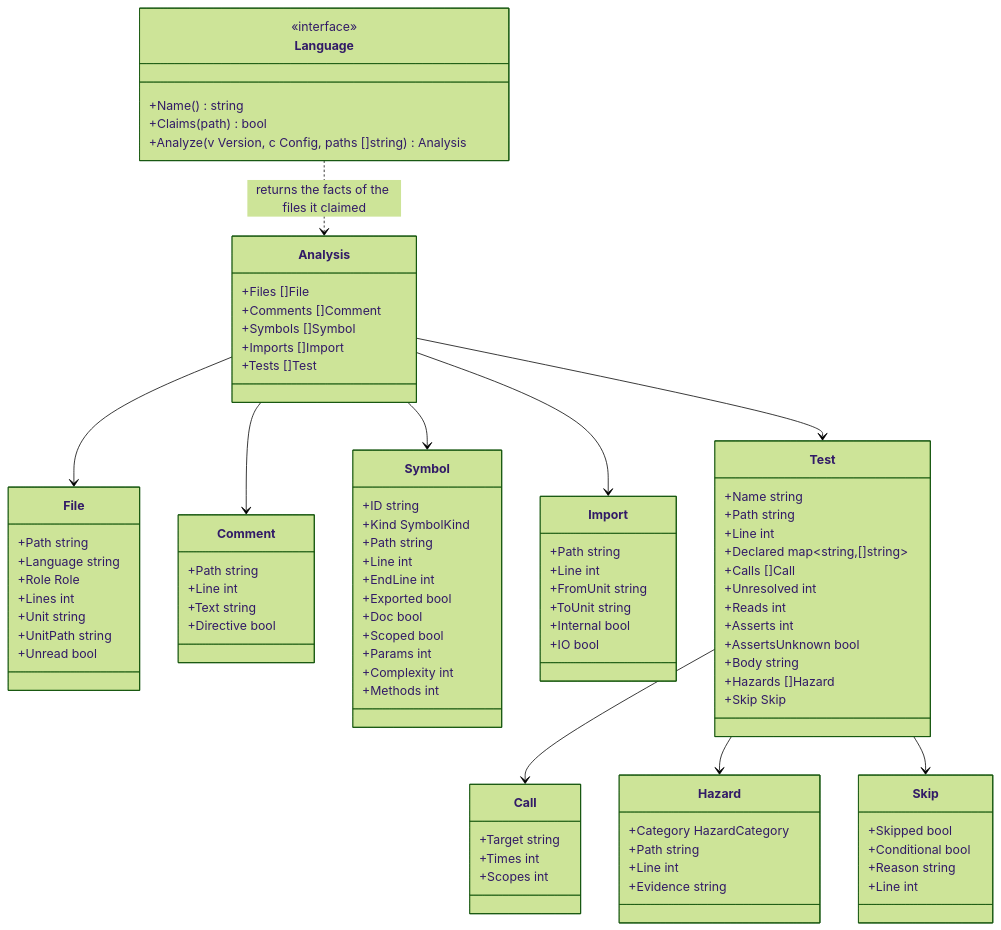
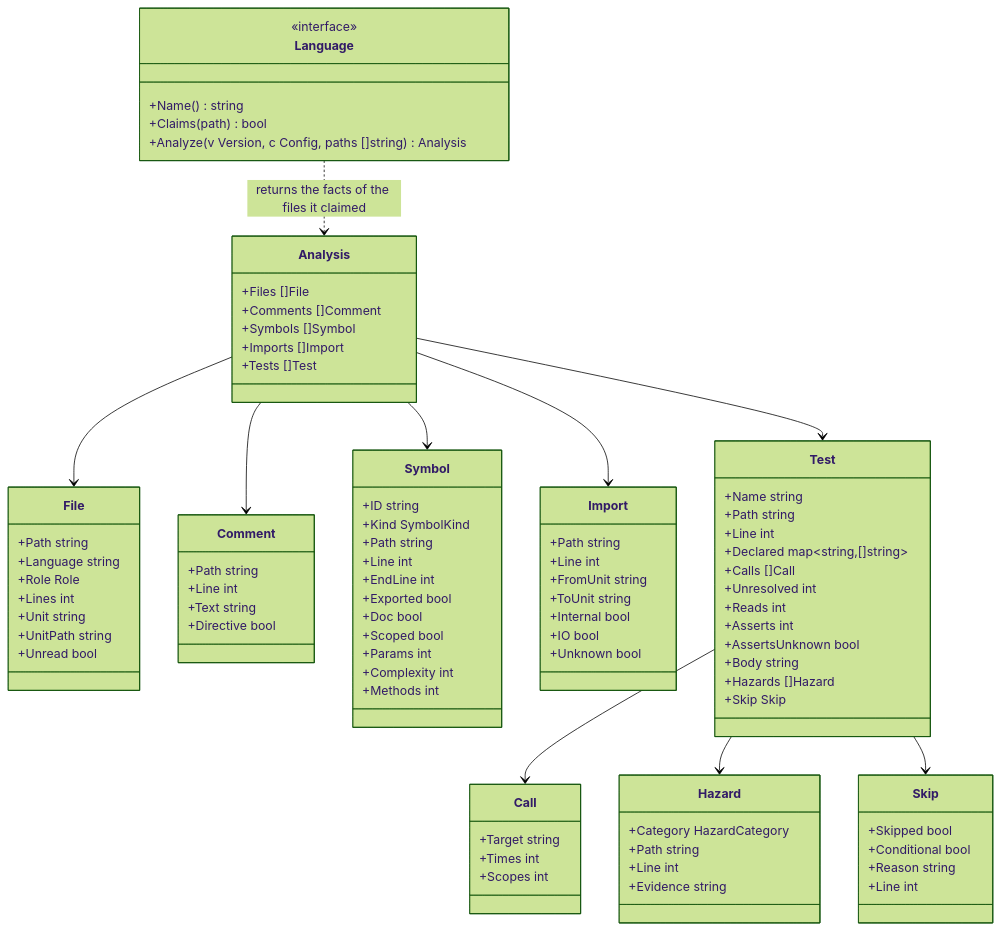
One commit to rerorets/hadome changed the diagram in docs/design/adapters.md. Above: the diagram before and after it, drawn with Mermaid (forest theme). The commit also changed other lines of this file and 3 other files, not shown here.

```diff
--- a/docs/design/adapters.md
+++ b/docs/design/adapters.md
@@ -64,6 +64,7 @@
     +ToUnit string
     +Internal bool
     +IO bool
+    +Unknown bool
   }
   class Test {
     +Name string
```
